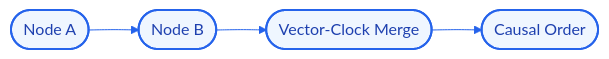
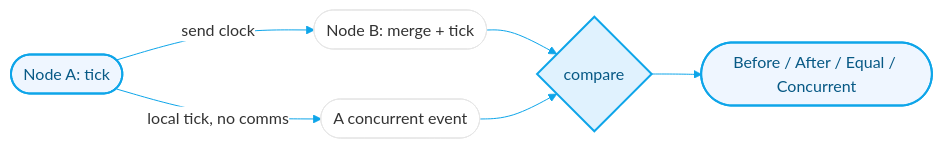
The diagram in README.md (Kimosabey/chrono-sync), drawn with Mermaid before and after one commit. The commit also changed other lines of this file and 5 other files, not shown here.

Commit message:
feat: implement vector clocks for distributed causal ordering (tick/merge/compare with before/after/equal/concurrent) plus demo and unit + integration tests

````diff
--- a/README.md
+++ b/README.md
@@ -32,15 +72,12 @@
 ```mermaid
-%%{init: {'theme':'base','themeVariables':{'primaryColor':'#ffffff','lineColor':'#2563eb','mainBkg':'#ffffff'}}}%%
+%%{init: {'theme':'base','themeVariables':{'primaryColor':'#ffffff','lineColor':'#0EA5E9','mainBkg':'#ffffff'}}}%%
 graph LR
-    A([Node A])
-    B([Node B])
-    C([Vector-Clock Merge])
-    D([Causal Order])
-    A --> B
-    B --> C
-    C --> D
-    style A fill:#eff6ff,stroke:#2563eb,stroke-width:2px,color:#1e40af
-    style B fill:#eff6ff,stroke:#2563eb,stroke-width:2px,color:#1e40af
-    style C fill:#eff6ff,stroke:#2563eb,stroke-width:2px,color:#1e40af
-    style D fill:#eff6ff,stroke:#2563eb,stroke-width:2px,color:#1e40af
+    A([Node A: tick]) -->|send clock| B([Node B: merge + tick])
+    A -->|local tick, no comms| A2([A concurrent event])
+    B --> C{compare}
+    A2 --> C
+    C --> D([Before / After / Equal / Concurrent])
+    style A fill:#eff6ff,stroke:#0EA5E9,stroke-width:2px,color:#075985
+    style C fill:#e0f2fe,stroke:#0EA5E9,stroke-width:2px,color:#075985
+    style D fill:#eff6ff,stroke:#0EA5E9,stroke-width:2px,color:#075985
 ```
````
